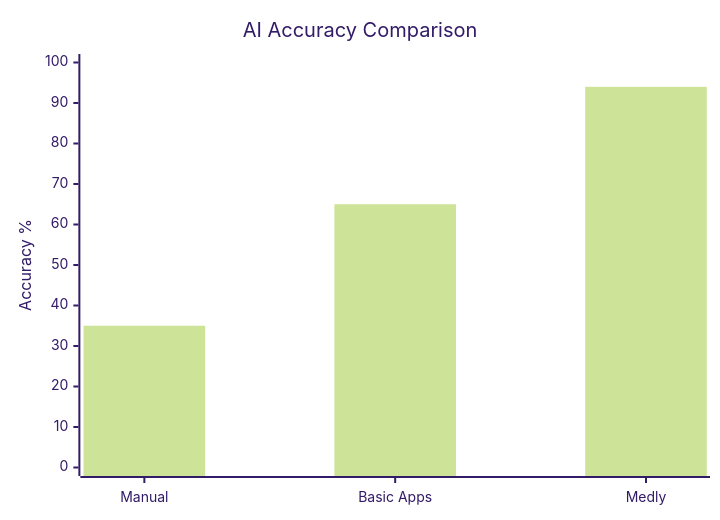
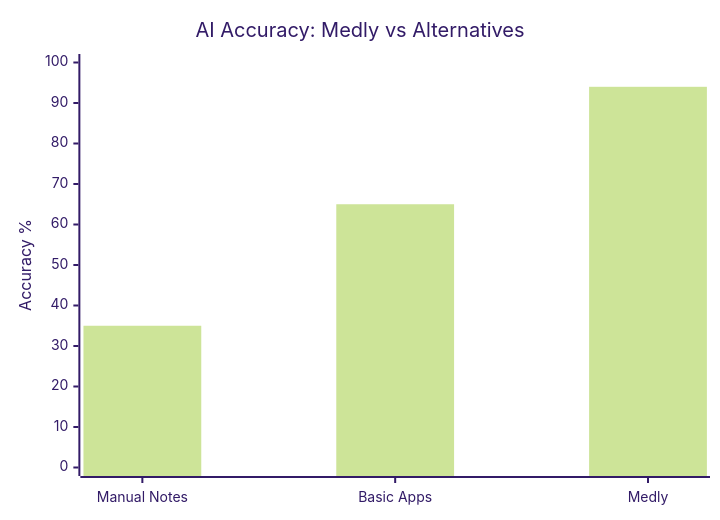
The second of 3 diagrams in README.md (Iceman-Dann/Medly), drawn with Mermaid (forest theme) before and after one commit. The commit also changed other lines of this file, not shown here.

````diff
--- a/README.md
+++ b/README.md
@@ -65,7 +97,7 @@
 ```mermaid
 xychart-beta
-    title "AI Accuracy Comparison"
-    x-axis ["Manual", "Basic Apps", "Medly"]
+    title "AI Accuracy: Medly vs Alternatives"
+    x-axis ["Manual Notes", "Basic Apps", "Medly"]
     y-axis "Accuracy %" 0 --> 100
     bar [35, 65, 94]
 ```
````
